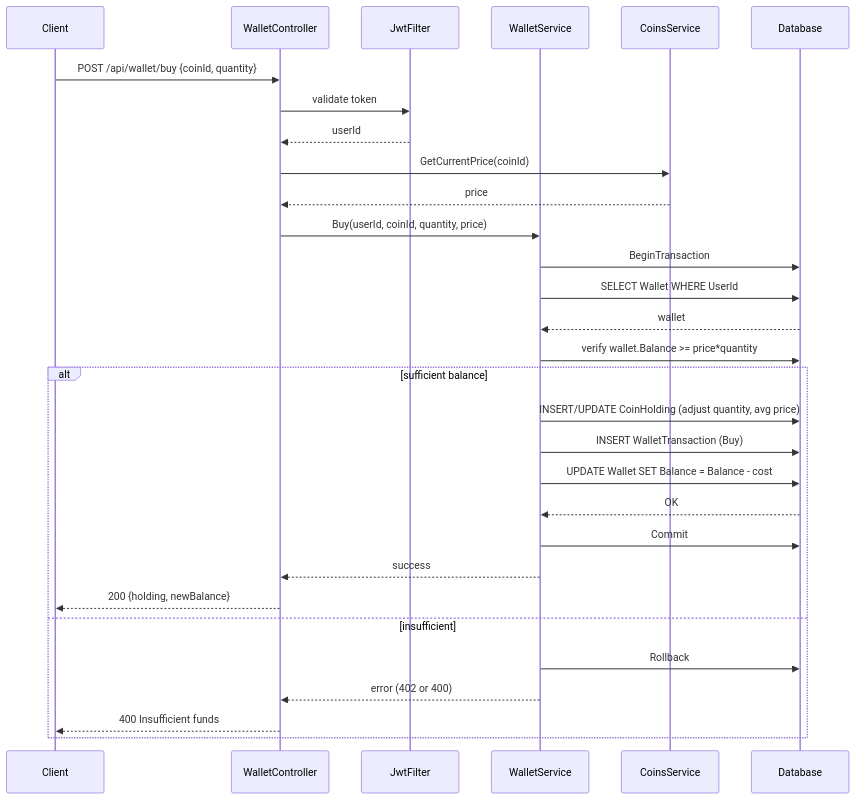
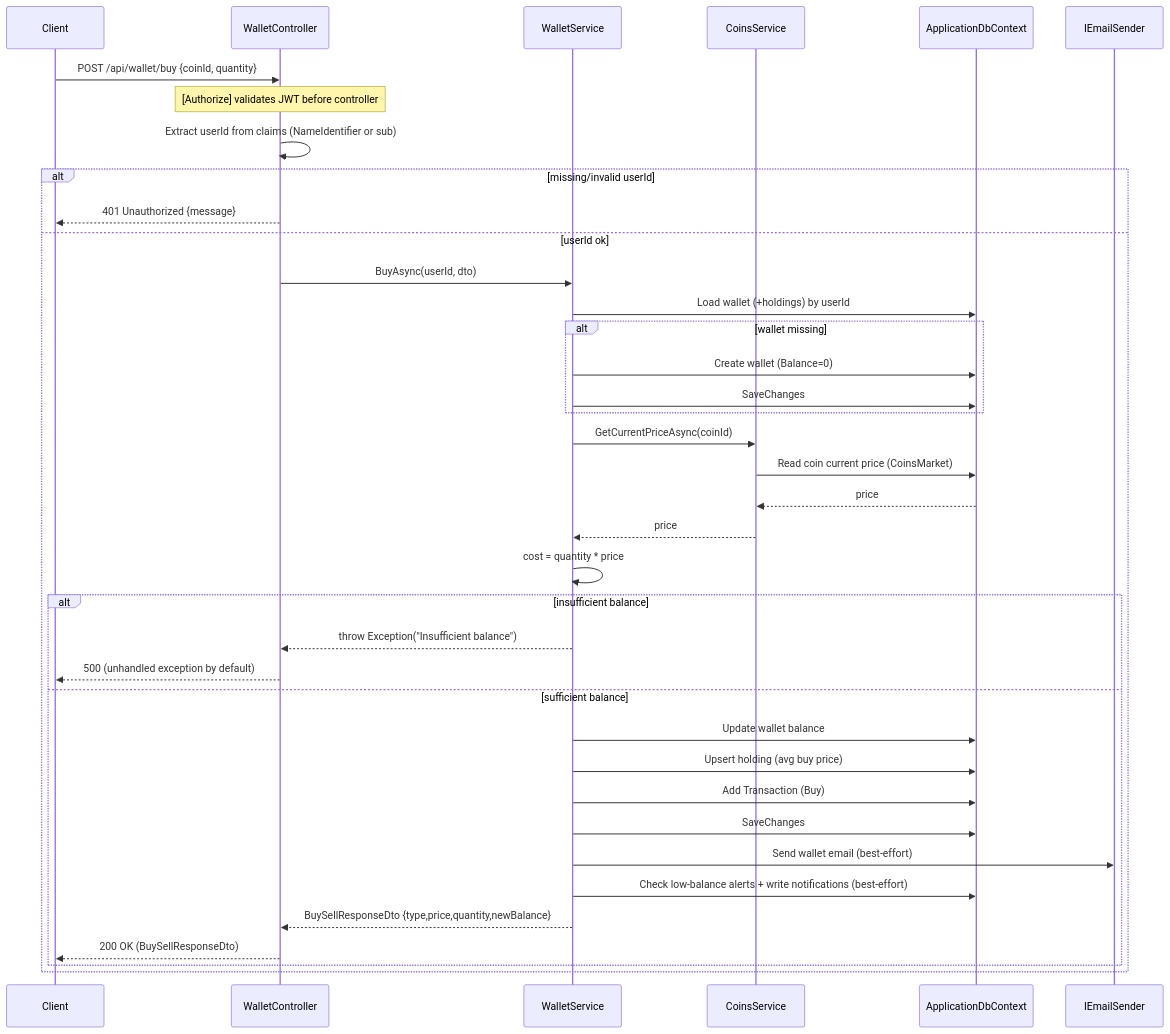
Before and after one commit to ihebKhodja/CoinUpBackend: the diagram in docs/sequences/buy-coin-diagramm.mmd, drawn with Mermaid. The commit also changed 9 other files, not shown here.

Commit message:
feat: Enhance API documentation with detailed sequence diagrams for alerts, wallet operations, and watchlist management

```diff
--- a/docs/sequences/buy-coin-diagramm.mmd
+++ b/docs/sequences/buy-coin-diagramm.mmd
@@ -1,31 +1,39 @@
 sequenceDiagram
     participant C as Client
     participant API as WalletController
-    participant Auth as JwtFilter
     participant WS as WalletService
     participant Coin as CoinsService
-    participant DB as Database
+    participant DB as ApplicationDbContext
+    participant Email as IEmailSender
 
     C->>API: POST /api/wallet/buy {coinId, quantity}
-    API->>Auth: validate token
-    Auth-->>API: userId
-    API->>Coin: GetCurrentPrice(coinId)
-    Coin-->>API: price
-    API->>WS: Buy(userId, coinId, quantity, price)
-    WS->>DB: BeginTransaction
-    WS->>DB: SELECT Wallet WHERE UserId
-    DB-->>WS: wallet
-    WS->>DB: verify wallet.Balance >= price*quantity
-    alt sufficient balance
-        WS->>DB: INSERT/UPDATE CoinHolding (adjust quantity, avg price)
-        WS->>DB: INSERT WalletTransaction (Buy)
-        WS->>DB: UPDATE Wallet SET Balance = Balance - cost
-        DB-->>WS: OK
-        WS->>DB: Commit
-        WS-->>API: success
-        API-->>C: 200 {holding, newBalance}
-    else insufficient
-        WS->>DB: Rollback
-        WS-->>API: error (402 or 400)
-        API-->>C: 400 Insufficient funds
+    Note over API: [Authorize] validates JWT before controller
+    API->>API: Extract userId from claims (NameIdentifier or sub)
+    alt missing/invalid userId
+        API-->>C: 401 Unauthorized {message}
+    else userId ok
+        API->>WS: BuyAsync(userId, dto)
+        WS->>DB: Load wallet (+holdings) by userId
+        alt wallet missing
+            WS->>DB: Create wallet (Balance=0)
+            WS->>DB: SaveChanges
+        end
+        WS->>Coin: GetCurrentPriceAsync(coinId)
+        Coin->>DB: Read coin current price (CoinsMarket)
+        DB-->>Coin: price
+        Coin-->>WS: price
+        WS->>WS: cost = quantity * price
+        alt insufficient balance
+            WS-->>API: throw Exception("Insufficient balance")
+            API-->>C: 500 (unhandled exception by default)
+        else sufficient balance
+            WS->>DB: Update wallet balance
+            WS->>DB: Upsert holding (avg buy price)
+            WS->>DB: Add Transaction (Buy)
+            WS->>DB: SaveChanges
+            WS->>Email: Send wallet email (best-effort)
+            WS->>DB: Check low-balance alerts + write notifications (best-effort)
+            WS-->>API: BuySellResponseDto {type,price,quantity,newBalance}
+            API-->>C: 200 OK (BuySellResponseDto)
+        end
     end
```
